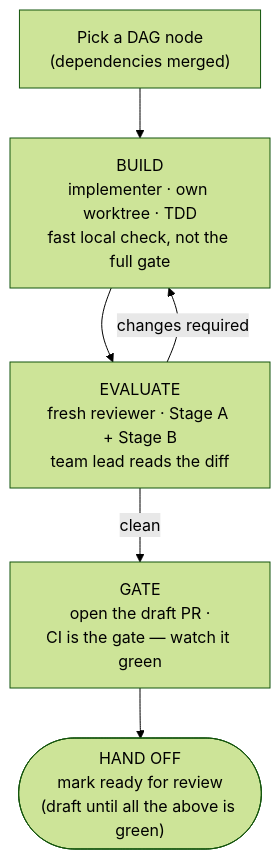
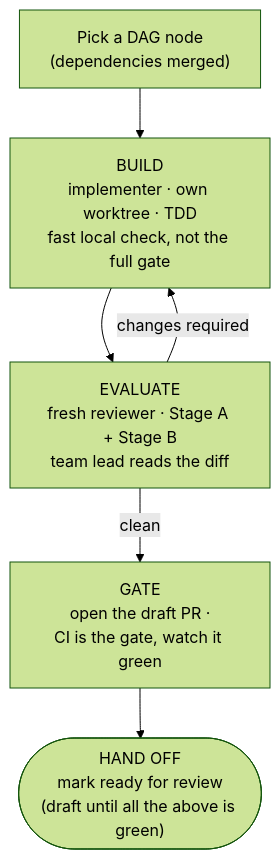
One commit to AlexaDeWit/Ecluse changed the diagram in planning/orchestration-strategy.md. Above: the diagram before and after it, drawn with Mermaid (forest theme). The commit also changed other lines of this file and 91 other files, not shown here.

````diff
--- a/planning/orchestration-strategy.md
+++ b/planning/orchestration-strategy.md
@@ -75,8 +75,8 @@
 ```mermaid
 flowchart TD
     P["Pick a DAG node<br/>(dependencies merged)"] --> B["BUILD<br/>implementer · own worktree · TDD<br/>fast local check, not the full gate"]
     B --> E["EVALUATE<br/>fresh reviewer · Stage A + Stage B<br/>team lead reads the diff"]
     E -->|changes required| B
-    E -->|clean| G["GATE<br/>open the draft PR ·<br/>CI is the gate — watch it green"]
+    E -->|clean| G["GATE<br/>open the draft PR ·<br/>CI is the gate, watch it green"]
     G --> H(["HAND OFF<br/>mark ready for review<br/>(draft until all the above is green)"])
 ```
````
